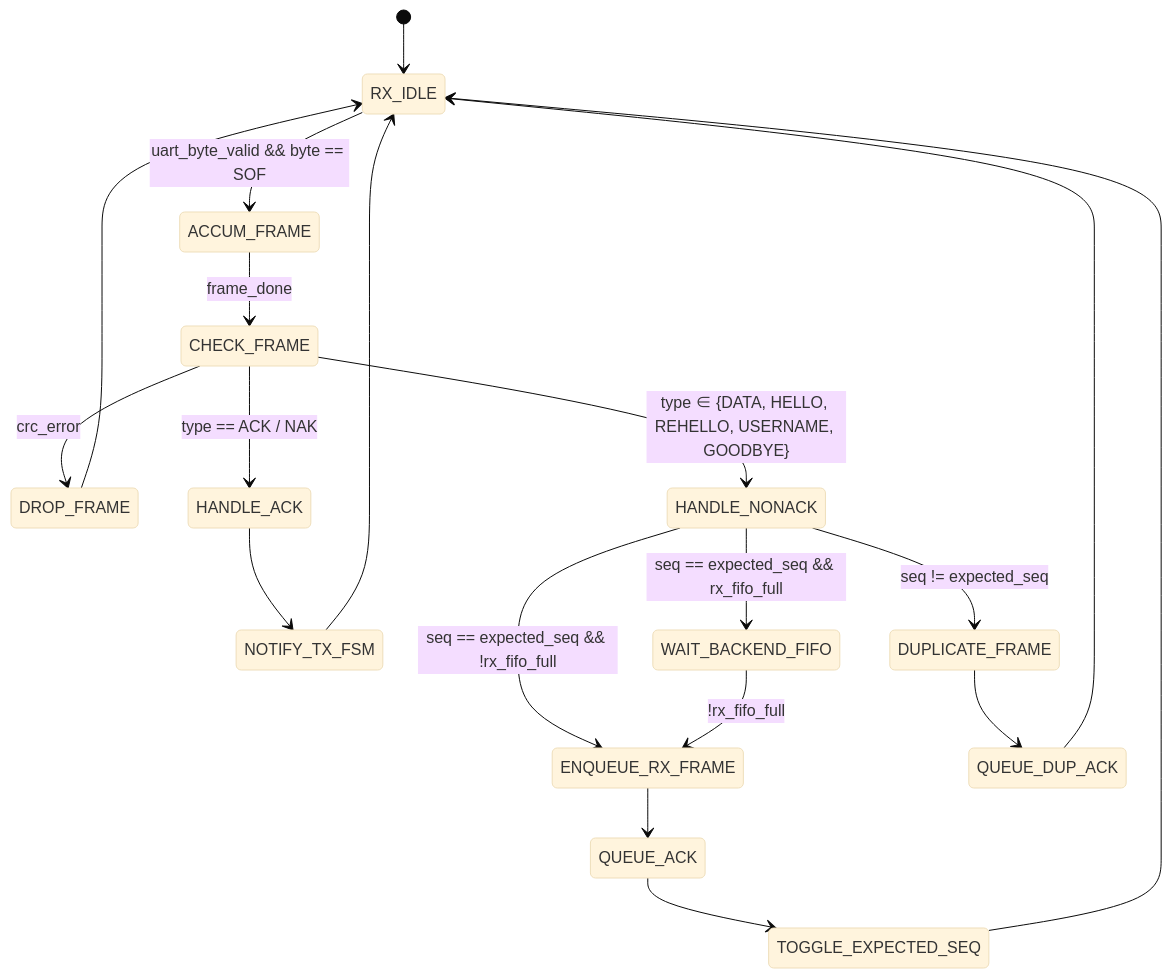
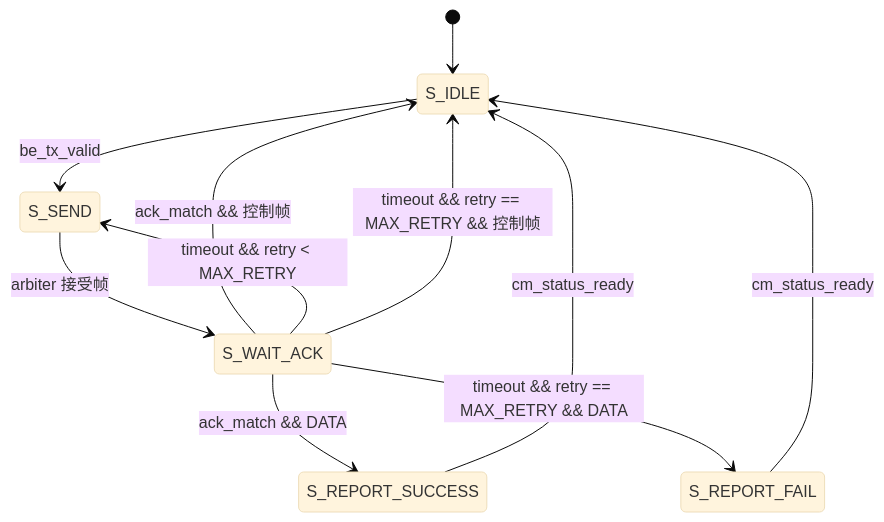
One commit to LorenzLorentz/Digtal_Logic_Design changed the sixth of 11 diagrams in README.md. Above: the diagram before and after it, drawn with Mermaid (base theme). The commit also changed other lines of this file and 2 other files, not shown here.

````diff
--- a/README.md
+++ b/README.md
@@ -475,29 +343,13 @@
 ```mermaid
 stateDiagram-v2
-    [*] --> RX_IDLE
-
-    RX_IDLE --> ACCUM_FRAME: uart_byte_valid && byte == SOF
-    ACCUM_FRAME --> CHECK_FRAME: frame_done
-
-    CHECK_FRAME --> DROP_FRAME: crc_error
-    CHECK_FRAME --> HANDLE_ACK: type == ACK / NAK
-    CHECK_FRAME --> HANDLE_NONACK: type ∈ {DATA, HELLO, REHELLO, USERNAME, GOODBYE}
-
-    HANDLE_ACK --> NOTIFY_TX_FSM
-    NOTIFY_TX_FSM --> RX_IDLE
-
-    HANDLE_NONACK --> DUPLICATE_FRAME: seq != expected_seq
-    HANDLE_NONACK --> WAIT_BACKEND_FIFO: seq == expected_seq && rx_fifo_full
-    HANDLE_NONACK --> ENQUEUE_RX_FRAME: seq == expected_seq && !rx_fifo_full
-
-    WAIT_BACKEND_FIFO --> ENQUEUE_RX_FRAME: !rx_fifo_full
-
-    ENQUEUE_RX_FRAME --> QUEUE_ACK
-    QUEUE_ACK --> TOGGLE_EXPECTED_SEQ
-    TOGGLE_EXPECTED_SEQ --> RX_IDLE
-
-    DUPLICATE_FRAME --> QUEUE_DUP_ACK
-    QUEUE_DUP_ACK --> RX_IDLE
-
-    DROP_FRAME --> RX_IDLE
+    [*] --> S_IDLE
+    S_IDLE --> S_SEND: be_tx_valid
+    S_SEND --> S_WAIT_ACK: arbiter 接受帧
+    S_WAIT_ACK --> S_REPORT_SUCCESS: ack_match && DATA
+    S_WAIT_ACK --> S_IDLE: ack_match && 控制帧
+    S_WAIT_ACK --> S_SEND: timeout && retry < MAX_RETRY
+    S_WAIT_ACK --> S_REPORT_FAIL: timeout && retry == MAX_RETRY && DATA
+    S_WAIT_ACK --> S_IDLE: timeout && retry == MAX_RETRY && 控制帧
+    S_REPORT_SUCCESS --> S_IDLE: cm_status_ready
+    S_REPORT_FAIL --> S_IDLE: cm_status_ready
 ```
````
